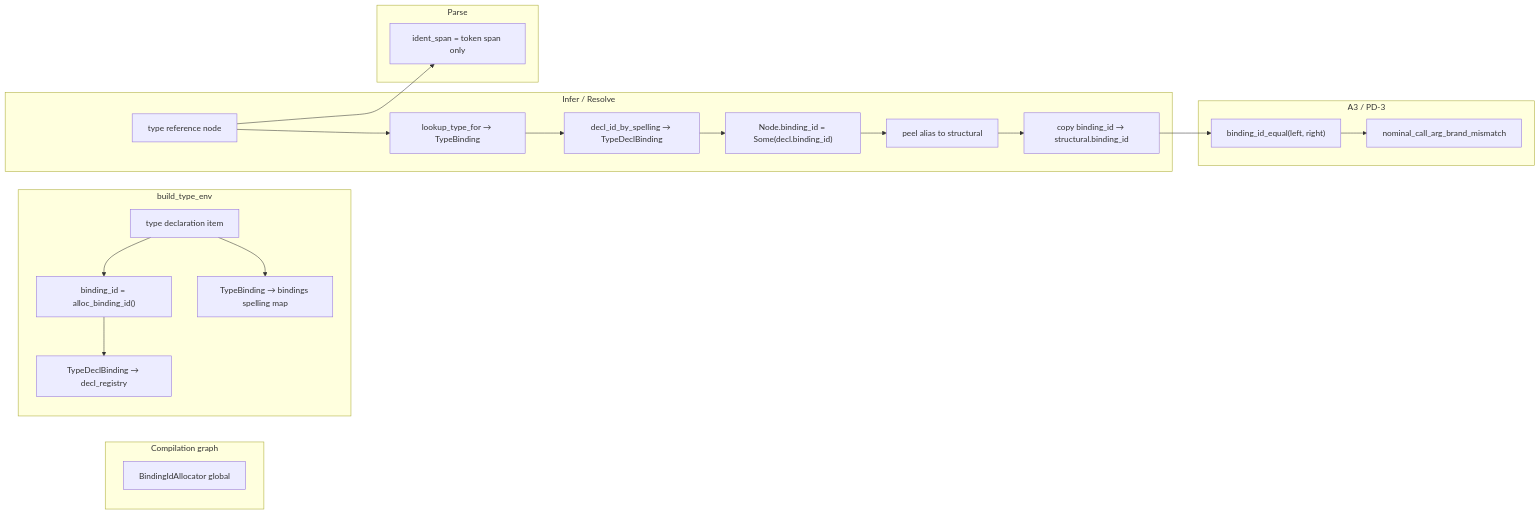
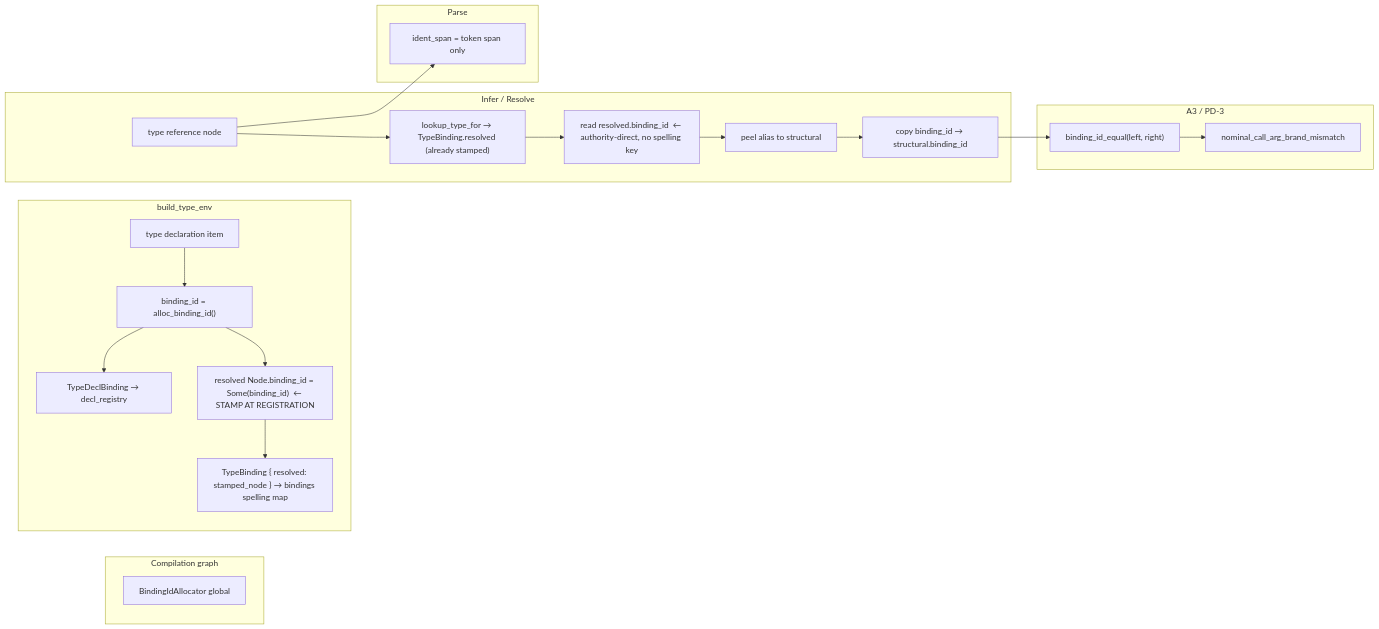
One commit to gunb-ai/gunbc changed the diagram in docs/planning/brand-identity-side-channel-a3-pd3-design-2026-06-09.md. Above: the diagram before and after it, drawn with Mermaid. The commit also changed other lines of this file, not shown here.

First line of the commit message:
docs: amend brand-identity design — remove decl_id_by_spelling from stamp path (Amendment 4)

````diff
--- a/docs/planning/brand-identity-side-channel-a3-pd3-design-2026-06-09.md
+++ b/docs/planning/brand-identity-side-channel-a3-pd3-design-2026-06-09.md
@@ -254,29 +260,29 @@
 ```mermaid
 flowchart LR
   subgraph graph [Compilation graph]
     ALLOC[BindingIdAllocator global]
   end
 
   subgraph env_bind [build_type_env]
     DECL[type declaration item] --> ASSIGN["binding_id = alloc_binding_id()"]
     ASSIGN --> TDB["TypeDeclBinding → decl_registry"]
-    DECL --> TB["TypeBinding → bindings spelling map"]
+    ASSIGN --> STAMP["resolved Node.binding_id = Some(binding_id)  ← STAMP AT REGISTRATION"]
+    STAMP --> TB["TypeBinding { resolved: stamped_node } → bindings spelling map"]
   end
 
   subgraph infer_resolve [Infer / Resolve]
-    REF[type reference node] --> LOOKUP[lookup_type_for → TypeBinding]
-    LOOKUP --> REG[decl_id_by_spelling → TypeDeclBinding]
-    REG --> STAMP["Node.binding_id = Some(decl.binding_id)"]
-    STAMP --> PEEL[peel alias to structural]
+    REF[type reference node] --> LOOKUP["lookup_type_for → TypeBinding.resolved (already stamped)"]
+    LOOKUP --> READ["read resolved.binding_id  ← authority-direct, no spelling key"]
+    READ --> PEEL[peel alias to structural]
     PEEL --> PRESERVE["copy binding_id → structural.binding_id"]
   end
 
   subgraph parse [Parse]
     REF --> SPAN["ident_span = token span only"]
   end
 
   subgraph compare [A3 / PD-3]
     PRESERVE --> CMP["binding_id_equal(left, right)"]
     CMP --> REJECT["nominal_call_arg_brand_mismatch"]
   end
 ```
````
